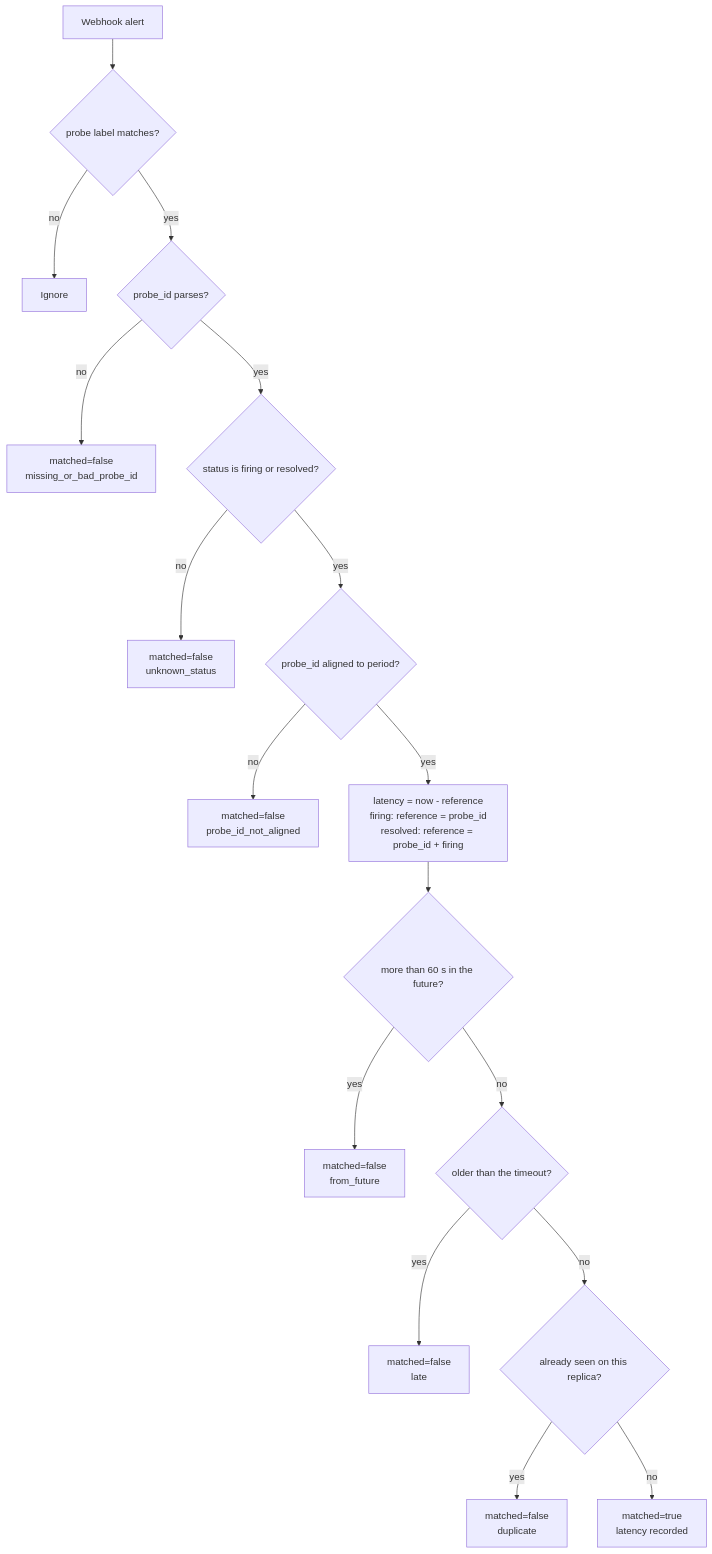
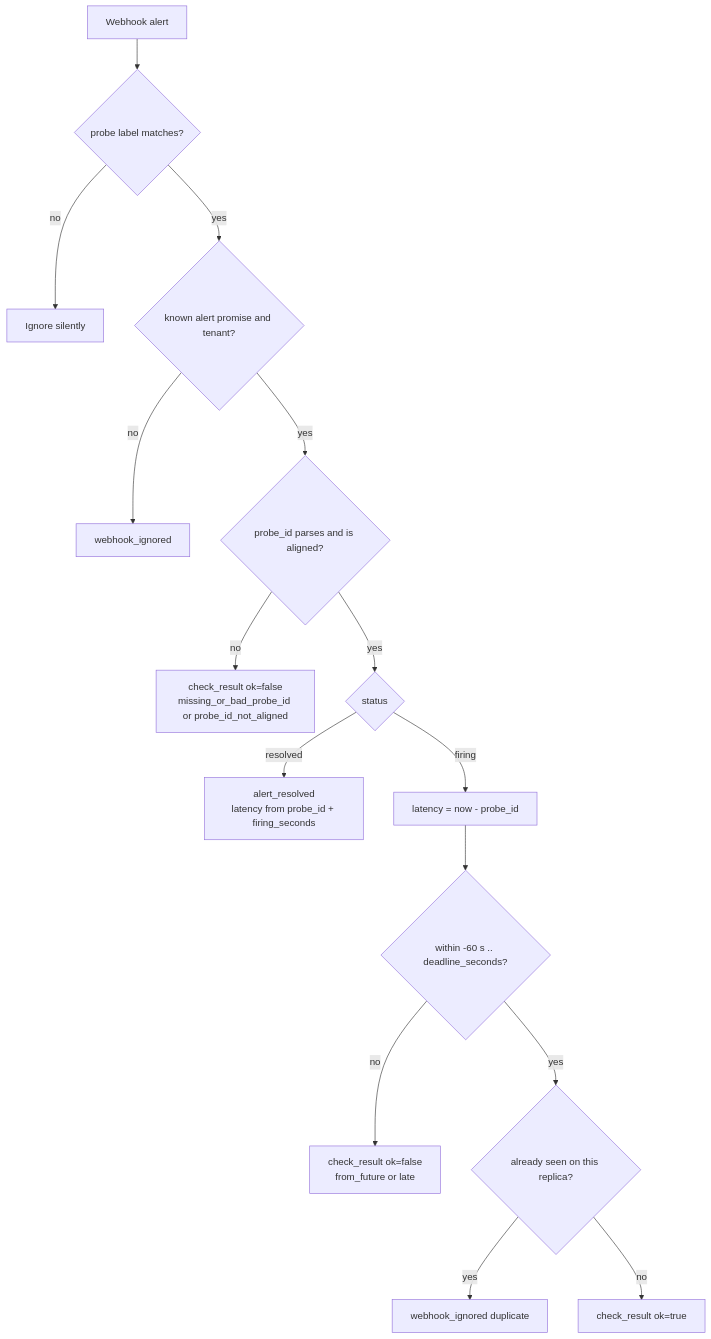
One commit to ileoliao/agent-repo changed the fourth of 5 diagrams in heartbeat-probe/README.md. Above: the diagram before and after it, drawn with Mermaid. The commit also changed other lines of this file and 24 other files, not shown here.

First line of the commit message:
heartbeat-probe 2.0: promise-based probes for every signal path

````diff
--- a/heartbeat-probe/README.md
+++ b/heartbeat-probe/README.md
@@ -80,19 +115,17 @@
 ```mermaid
 flowchart TD
   A["Webhook alert"] --> B{"probe label matches?"}
-  B -- no --> X["Ignore"]
-  B -- yes --> C{"probe_id parses?"}
-  C -- no --> F1["matched=false<br/>missing_or_bad_probe_id"]
-  C -- yes --> D{"status is firing or resolved?"}
-  D -- no --> F2["matched=false<br/>unknown_status"]
-  D -- yes --> E{"probe_id aligned to period?"}
-  E -- no --> F3["matched=false<br/>probe_id_not_aligned"]
-  E -- yes --> L["latency = now - reference<br/>firing: reference = probe_id<br/>resolved: reference = probe_id + firing"]
-  L --> G{"more than 60 s in the future?"}
-  G -- yes --> F4["matched=false<br/>from_future"]
-  G -- no --> H{"older than the timeout?"}
-  H -- yes --> F5["matched=false<br/>late"]
-  H -- no --> I{"already seen on this replica?"}
-  I -- yes --> F6["matched=false<br/>duplicate"]
-  I -- no --> OK["matched=true<br/>latency recorded"]
+  B -- no --> X["Ignore silently"]
+  B -- yes --> P{"known alert promise and tenant?"}
+  P -- no --> W["webhook_ignored"]
+  P -- yes --> C{"probe_id parses and is aligned?"}
+  C -- no --> F1["check_result ok=false<br/>missing_or_bad_probe_id or probe_id_not_aligned"]
+  C -- yes --> S{"status"}
+  S -- resolved --> R["alert_resolved<br/>latency from probe_id + firing_seconds"]
+  S -- firing --> L["latency = now - probe_id"]
+  L --> G{"within -60 s .. deadline_seconds?"}
+  G -- no --> F2["check_result ok=false<br/>from_future or late"]
+  G -- yes --> D{"already seen on this replica?"}
+  D -- yes --> W2["webhook_ignored duplicate"]
+  D -- no --> OK["check_result ok=true"]
 ```
````
